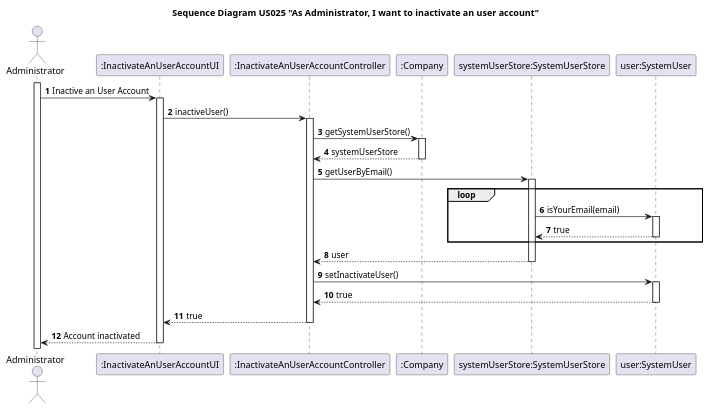
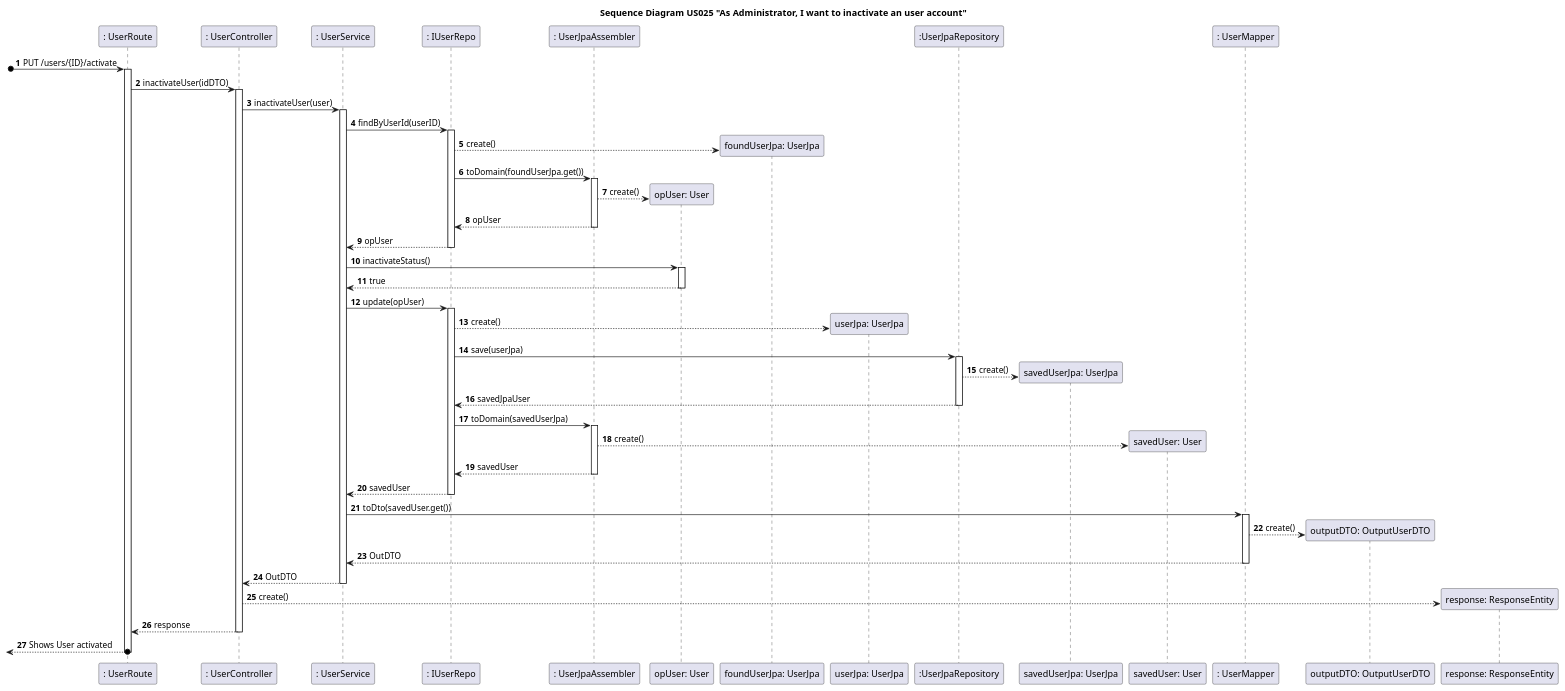
One commit to nunogon1211787/projectManagement changed the diagram in docs/Sprint3/US025/US025-SD.puml. Above: the diagram before and after it, drawn with PlantUML. The commit also changed 335 other files, not shown here.

```diff
--- a/docs/Sprint3/US025/US025-SD.puml
+++ b/docs/Sprint3/US025/US025-SD.puml
@@ -1,34 +1,50 @@
 @startuml
-'https://plantuml.com/sequence-diagram
-
 title Sequence Diagram US025 "As Administrator, I want to inactivate an user account"
 
 autoactivate on
 autonumber
 
-actor "Administrator" as Administrator
-participant ":InactivateAnUserAccountUI" as UI
-participant ":InactivateAnUserAccountController" as Ctrl
-participant ":Company" as Company
-participant "systemUserStore:SystemUserStore" as SystemUserStore
-participant "user:SystemUser" as SystemUser
+participant ": UserRoute" as UI
+participant ": UserController" as Ctrl
+participant ": UserService" as Serv
+participant ": IUserRepo" as Repo
+participant ": UserJpaAssembler" as Assembler
+participant "opUser: User" as Optional
+participant "foundUserJpa: UserJpa" as FoundUser
+participant "userJpa: UserJpa" as UserJPA
+participant ":UserJpaRepository" as Driver
+participant "savedUserJpa: UserJpa" as SavedJpa
+participant "savedUser: User" as SavedUser
+participant ": UserMapper" as mapper
+participant "outputDTO: OutputUserDTO" as OutDTO
+participant "response: ResponseEntity" as json
 
-
-activate "Administrator"
-
-"Administrator" -> UI: Inactive an User Account
-UI -> Ctrl: inactiveUser()
-Ctrl -> Company: getSystemUserStore()
-return systemUserStore
-Ctrl -> SystemUserStore : getUserByEmail()
-loop
-SystemUserStore-> SystemUser: isYourEmail(email)
-SystemUser --> SystemUserStore: true
-end
-return user
-Ctrl -> SystemUser : setInactivateUser()
-SystemUser --> Ctrl : true
-Ctrl --> UI : true
-UI --> "Administrator": Account inactivated
+[o-> UI:  PUT /users/{ID}/activate
+UI -> Ctrl: inactivateUser(idDTO)
+Ctrl -> Serv: inactivateUser(user)
+Serv -> Repo: findByUserId(userID)
+Repo --> FoundUser**: create()
+Repo -> Assembler: toDomain(foundUserJpa.get())
+Assembler --> Optional**: create()
+return opUser
+return opUser
+Serv -> Optional: inactivateStatus()
+return true
+Serv -> Repo: update(opUser)
+Repo --> UserJPA**: create()
+Repo -> Driver: save(userJpa)
+Driver --> SavedJpa**: create()
+return savedJpaUser
+Repo -> Assembler: toDomain(savedUserJpa)
+Assembler --> SavedUser**: create()
+return savedUser
+return savedUser
+Serv -> mapper: toDto(savedUser.get())
+mapper --> OutDTO**: create()
+return OutDTO
+return OutDTO
+Ctrl --> json**: create()
+return response
+return Shows User activated
 
 @enduml
```
